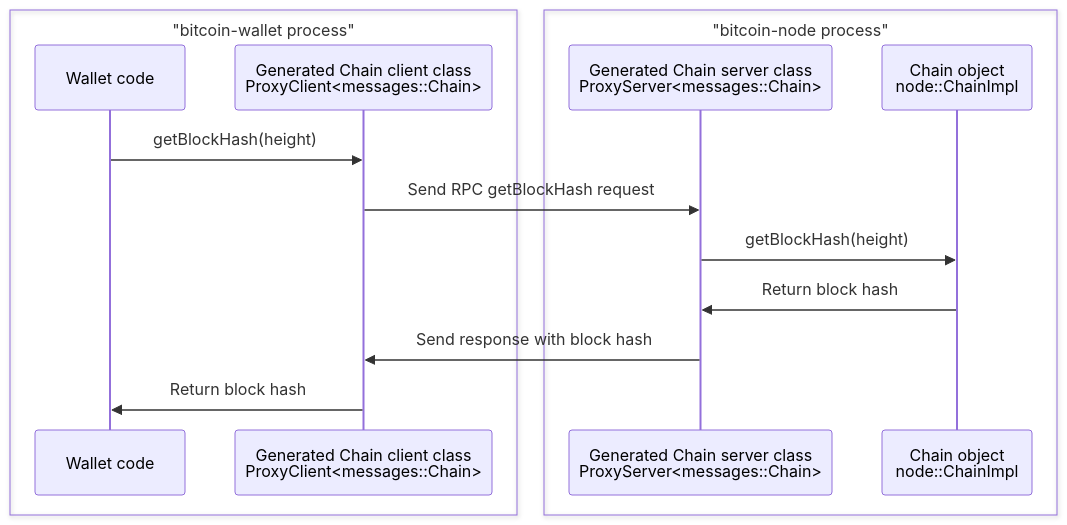
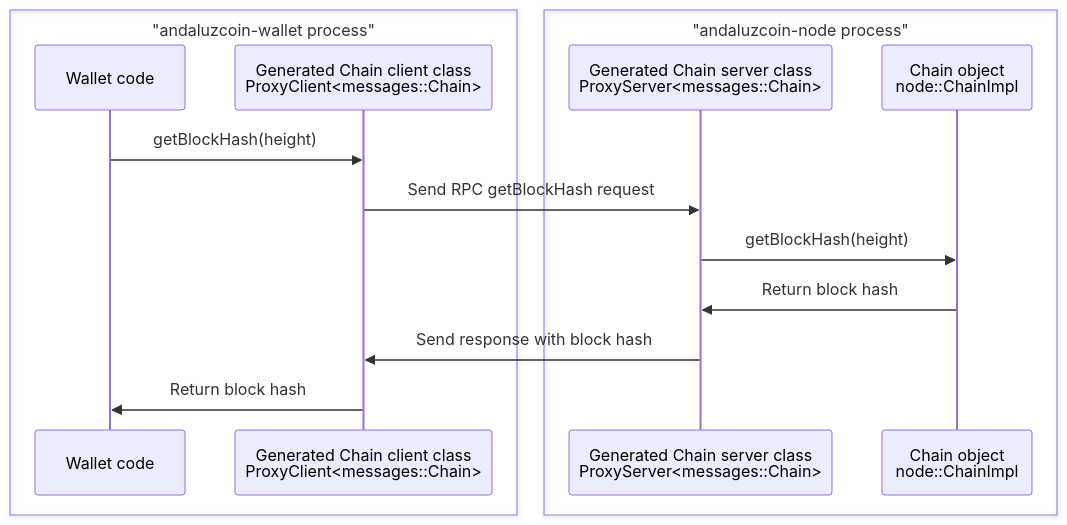
One commit to andaluzcoin/andaluzcoin changed the third of 3 diagrams in doc/design/multiprocess.md. Above: the diagram before and after it, drawn with Mermaid. The commit also changed other lines of this file and 1024 other files, not shown here.

````diff
--- a/doc/design/multiprocess.md
+++ b/doc/design/multiprocess.md
@@ -163,18 +163,18 @@
 ```mermaid
 sequenceDiagram
-    box "bitcoin-wallet process"
+    box "andaluzcoin-wallet process"
     participant WalletCode as Wallet code
     participant ChainClient as Generated Chain client class<br/>ProxyClient<messages::Chain>
     end
-    box "bitcoin-node process"
+    box "andaluzcoin-node process"
     participant ChainServer as Generated Chain server class<br/>ProxyServer<messages::Chain>
     participant LocalChain as Chain object<br/>node::ChainImpl
     end
 
     WalletCode->>ChainClient: getBlockHash(height)
     ChainClient->>ChainServer: Send RPC getBlockHash request
     ChainServer->>LocalChain: getBlockHash(height)
     LocalChain->>ChainServer: Return block hash
     ChainServer->>ChainClient: Send response with block hash
     ChainClient->>WalletCode: Return block hash
 ```
````
